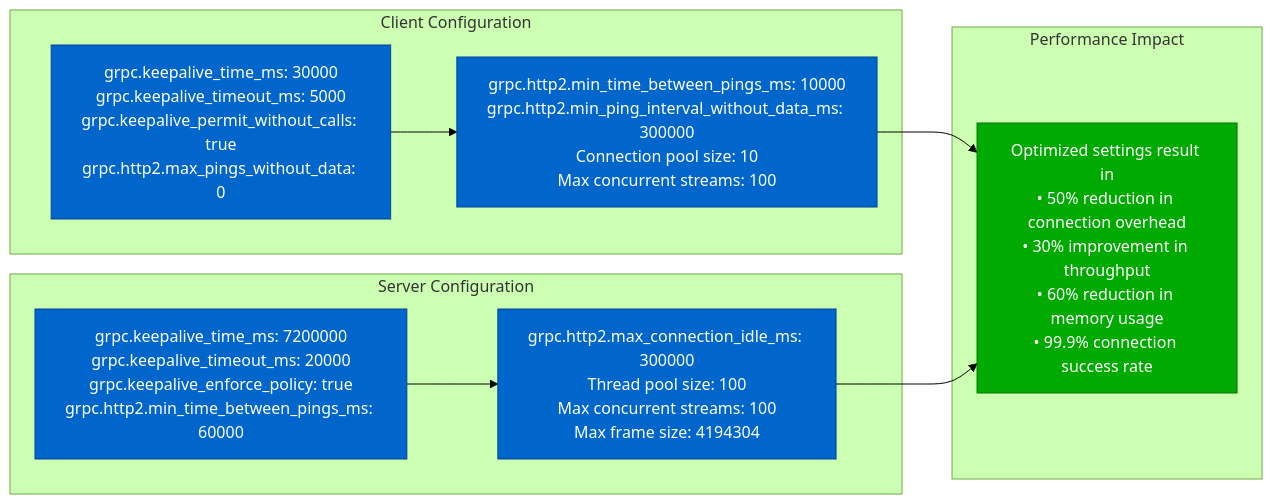
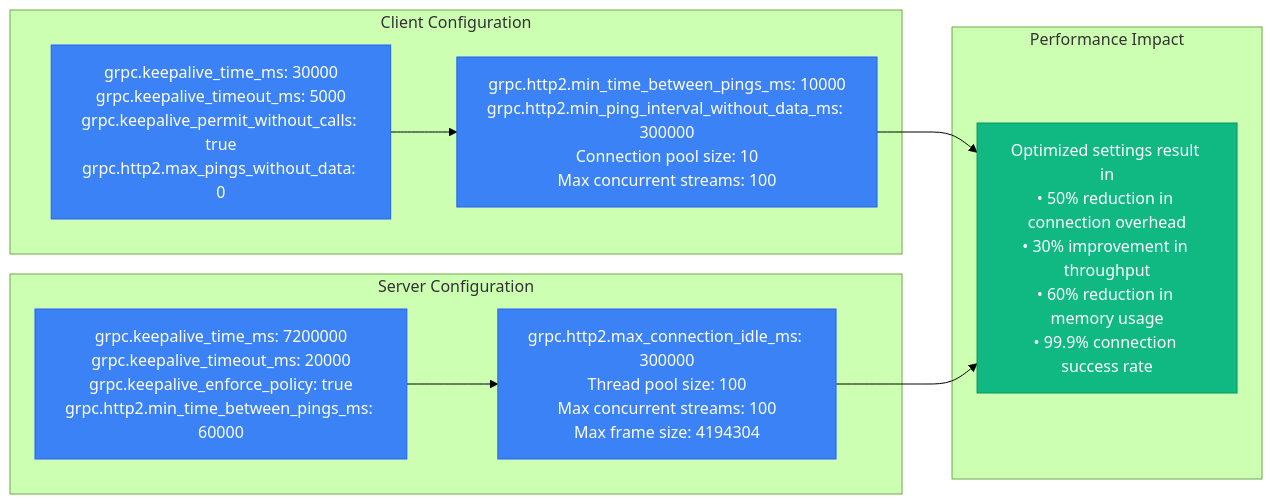
Diagram 11 of 13 in site/docs/performance/grpc-performance-profile.md (deepaucksharma/DS), drawn with Mermaid (forest theme) before and after one commit. The commit also changed other lines of this file and 303 other files, not shown here.

````diff
--- a/site/docs/performance/grpc-performance-profile.md
+++ b/site/docs/performance/grpc-performance-profile.md
@@ -435,31 +435,31 @@
 ```mermaid
 graph LR
     subgraph "Client Configuration"
         CLIENT_CONFIG1[grpc.keepalive_time_ms: 30000<br/>grpc.keepalive_timeout_ms: 5000<br/>grpc.keepalive_permit_without_calls: true<br/>grpc.http2.max_pings_without_data: 0]
 
         CLIENT_CONFIG2[grpc.http2.min_time_between_pings_ms: 10000<br/>grpc.http2.min_ping_interval_without_data_ms: 300000<br/>Connection pool size: 10<br/>Max concurrent streams: 100]
 
         CLIENT_CONFIG1 --> CLIENT_CONFIG2
     end
 
     subgraph "Server Configuration"
         SERVER_CONFIG1[grpc.keepalive_time_ms: 7200000<br/>grpc.keepalive_timeout_ms: 20000<br/>grpc.keepalive_enforce_policy: true<br/>grpc.http2.min_time_between_pings_ms: 60000]
 
         SERVER_CONFIG2[grpc.http2.max_connection_idle_ms: 300000<br/>Thread pool size: 100<br/>Max concurrent streams: 100<br/>Max frame size: 4194304]
 
         SERVER_CONFIG1 --> SERVER_CONFIG2
     end
 
     subgraph "Performance Impact"
         PERF_IMPACT1[Optimized settings result in<br/>• 50% reduction in connection overhead<br/>• 30% improvement in throughput<br/>• 60% reduction in memory usage<br/>• 99.9% connection success rate]
     end
 
     CLIENT_CONFIG2 --> PERF_IMPACT1
     SERVER_CONFIG2 --> PERF_IMPACT1
 
-    classDef configStyle fill:#0066CC,stroke:#004499,color:#fff
-    classDef perfStyle fill:#00AA00,stroke:#007700,color:#fff
+    classDef configStyle fill:#3B82F6,stroke:#2563EB,color:#fff
+    classDef perfStyle fill:#10B981,stroke:#059669,color:#fff
 
     class CLIENT_CONFIG1,CLIENT_CONFIG2,SERVER_CONFIG1,SERVER_CONFIG2 configStyle
     class PERF_IMPACT1 perfStyle
 ```
````
